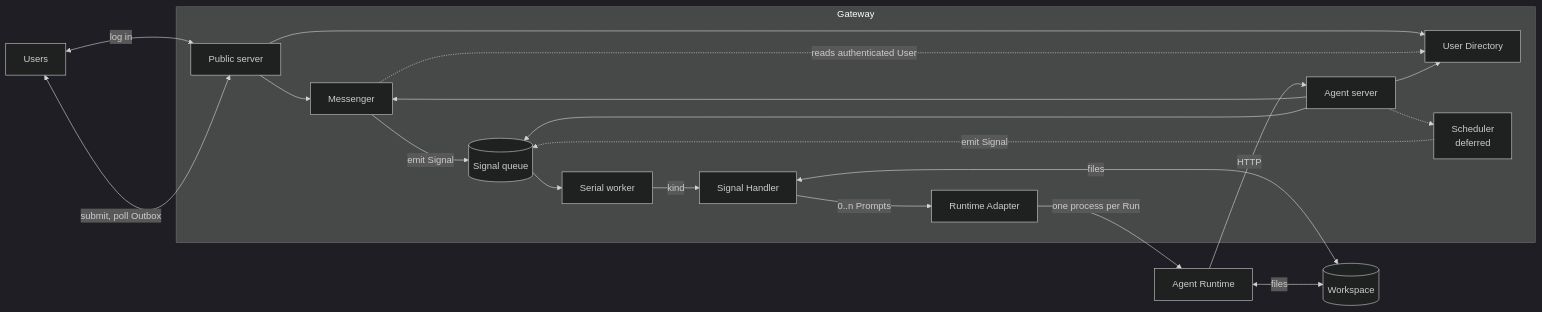
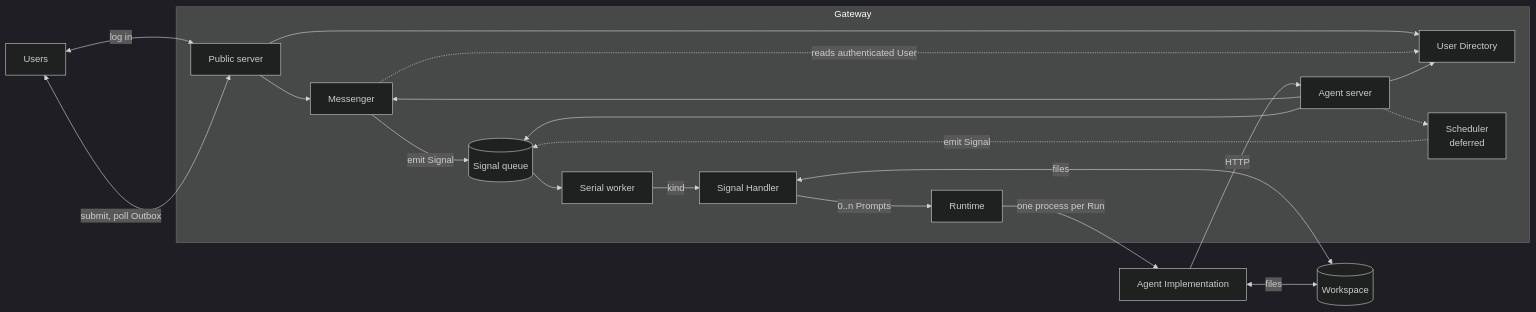
The diagram in docs/architecture.md (shutter-network/concorde), drawn with Mermaid (dark theme) before and after one commit. The commit also changed other lines of this file and 44 other files, not shown here.

First line of the commit message:
refactor: Runtime means one thing

````diff
--- a/docs/architecture.md
+++ b/docs/architecture.md
@@ -21,24 +21,24 @@
 ```mermaid
 flowchart LR
     U[Users] <-->|log in| P[Public server]
     U <-->|submit, poll Outbox| P
     subgraph GW[Gateway]
       P --> UD[User Directory]
       P --> M[Messenger]
       M -.->|reads authenticated User| UD
       M -->|emit Signal| Q[(Signal queue)]
       S[Scheduler<br/>deferred] -.->|emit Signal| Q
       Q --> W[Serial worker]
       W -->|kind| H[Signal Handler]
-      H -->|0..n Prompts| RA[Runtime Adapter]
+      H -->|0..n Prompts| RA[Runtime]
       AS[Agent server]
       AS --> M
       AS --> UD
       AS -.-> S
       AS --> Q
     end
-    RA -->|one process per Run| AR[Agent Runtime]
+    RA -->|one process per Run| AR[Agent Implementation]
     AR -->|HTTP| AS
     H <-->|files| WS[(Workspace)]
     AR <-->|files| WS
 ```
````
